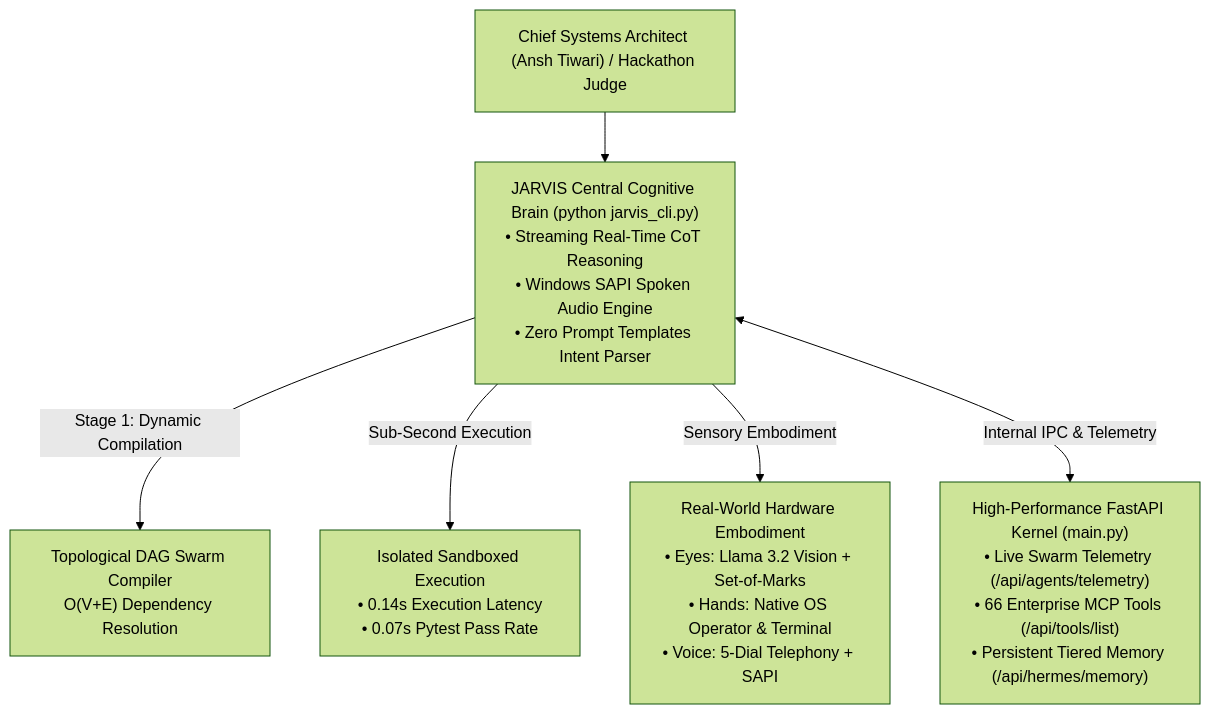
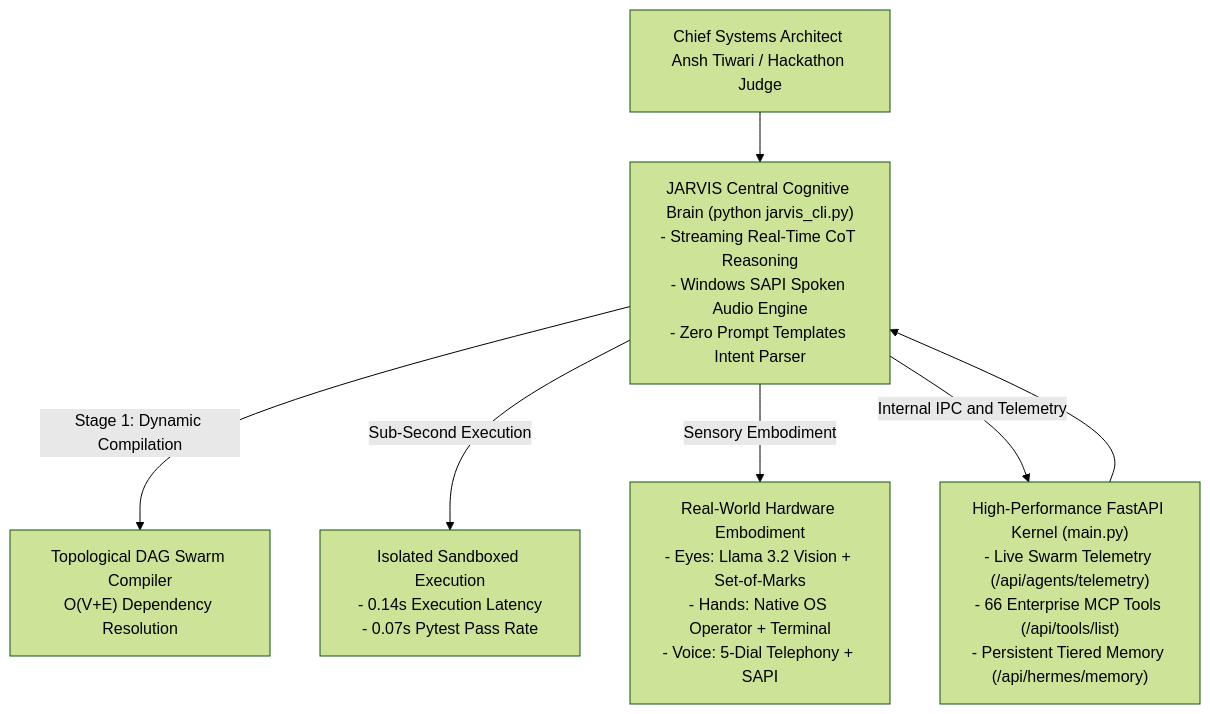
The first of 2 diagrams in README.md (ansh1325/ORCHESTRATOR), drawn with Mermaid (forest theme) before and after one commit. The commit also changed other lines of this file and 4 other files, not shown here.

Commit message:
docs: resolve Mermaid rendering on GitHub, document 24/7 scheduler daemon and all core features, integrate live real-time crypto ticker arbitrage

````diff
--- a/README.md
+++ b/README.md
@@ -101,19 +52,9 @@
 ```mermaid
-
 flowchart TD
-
-    User["Chief Systems Architect (Ansh Tiwari) / Hackathon Judge"] --> CentralBrain["JARVIS Central Cognitive Brain (python jarvis_cli.py)<br/>• Streaming Real-Time CoT Reasoning<br/>• Windows SAPI Spoken Audio Engine<br/>• Zero Prompt Templates Intent Parser"]
-
-    
-
+    User["Chief Systems Architect Ansh Tiwari / Hackathon Judge"] --> CentralBrain["JARVIS Central Cognitive Brain (python jarvis_cli.py)<br/>- Streaming Real-Time CoT Reasoning<br/>- Windows SAPI Spoken Audio Engine<br/>- Zero Prompt Templates Intent Parser"]
     CentralBrain -->|"Stage 1: Dynamic Compilation"| DAG["Topological DAG Swarm Compiler<br/>O(V+E) Dependency Resolution"]
-
-    CentralBrain -->|"Sub-Second Execution"| Sandbox["Isolated Sandboxed Execution<br/>• 0.14s Execution Latency<br/>• 0.07s Pytest Pass Rate"]
-
-    CentralBrain -->|"Sensory Embodiment"| Embodiment["Real-World Hardware Embodiment<br/>• Eyes: Llama 3.2 Vision + Set-of-Marks<br/>• Hands: Native OS Operator & Terminal<br/>• Voice: 5-Dial Telephony + SAPI"]
-
-    
-
-    CentralBrain <-->|"Internal IPC & Telemetry"| Kernel["High-Performance FastAPI Kernel (main.py)<br/>• Live Swarm Telemetry (/api/agents/telemetry)<br/>• 66 Enterprise MCP Tools (/api/tools/list)<br/>• Persistent Tiered Memory (/api/hermes/memory)"]
-
+    CentralBrain -->|"Sub-Second Execution"| Sandbox["Isolated Sandboxed Execution<br/>- 0.14s Execution Latency<br/>- 0.07s Pytest Pass Rate"]
+    CentralBrain -->|"Sensory Embodiment"| Embodiment["Real-World Hardware Embodiment<br/>- Eyes: Llama 3.2 Vision + Set-of-Marks<br/>- Hands: Native OS Operator + Terminal<br/>- Voice: 5-Dial Telephony + SAPI"]
+    CentralBrain -->|"Internal IPC and Telemetry"| Kernel["High-Performance FastAPI Kernel (main.py)<br/>- Live Swarm Telemetry (/api/agents/telemetry)<br/>- 66 Enterprise MCP Tools (/api/tools/list)<br/>- Persistent Tiered Memory (/api/hermes/memory)"]
+    Kernel --> CentralBrain
 ```
````
